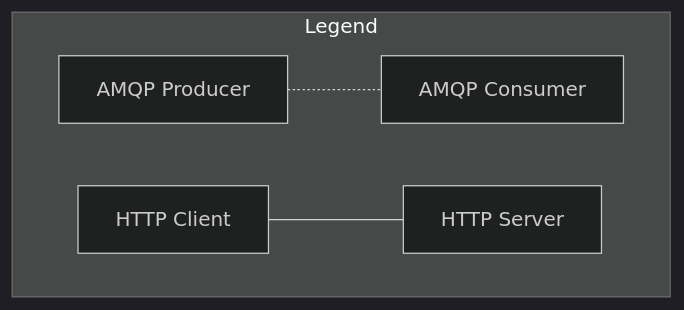
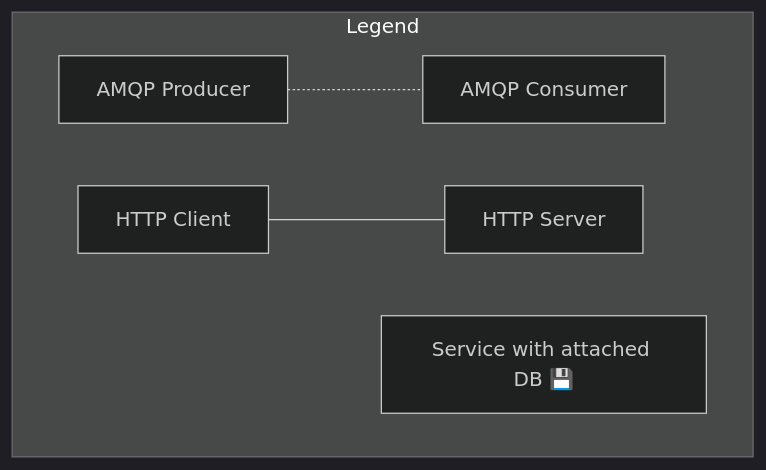
The second of 2 diagrams in README.md (KieronKretschmar/MentorGG_Overview), drawn with Mermaid (dark theme) before and after one commit. The commit also changed other lines of this file, not shown here.

````diff
--- a/README.md
+++ b/README.md
@@ -93,7 +93,8 @@
 ```mermaid
 graph TD;
     subgraph Legend
         AMQPP["AMQP Producer"] -.- AMQPC["AMQP Consumer"];
         HTTPC["HTTP Client"] --- HTTPS["HTTP Server"];
+        SWDB["Service with attached DB 💾"]
     end
 ```
````
